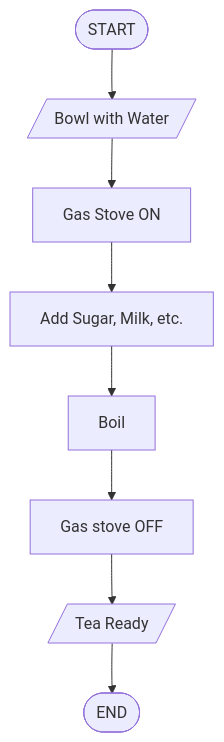
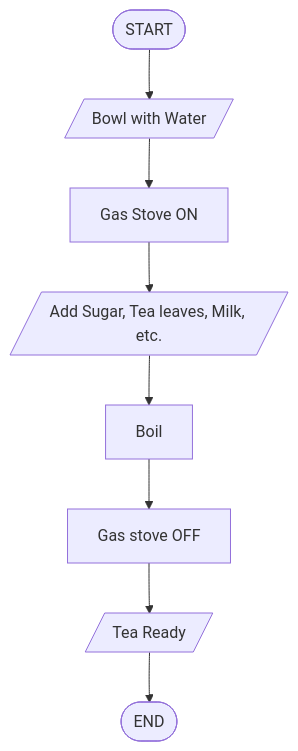
Before and after one commit to jayesh-shivlani/Java: the first of 7 diagrams in FlowchartsAndPseudocodes/README.md, drawn with Mermaid. The commit also changed other lines of this file and 7 other files, not shown here.

Commit message:
Refactor Flowcharts and Pseudocodes: Update README for clarity, add Practice Questions, and reorganize content. Remove unused files for better structure.

````diff
--- a/FlowchartsAndPseudocodes/README.md
+++ b/FlowchartsAndPseudocodes/README.md
@@ -22,10 +23,10 @@
 ```mermaid
 graph TD 
 A([START]) --> B[/Bowl with Water/]
 B --> C[Gas Stove ON] 
-C --> D[Add Sugar, Milk, etc.]
+C --> D[/Add Sugar, Tea leaves, Milk, etc./]
 D --> E[Boil]
 E --> F[Gas stove OFF]
-F --> H[/Tea Ready/]
-H --> I([END])
+F --> G[/Tea Ready/]
+G --> H([END])
 ```
````
